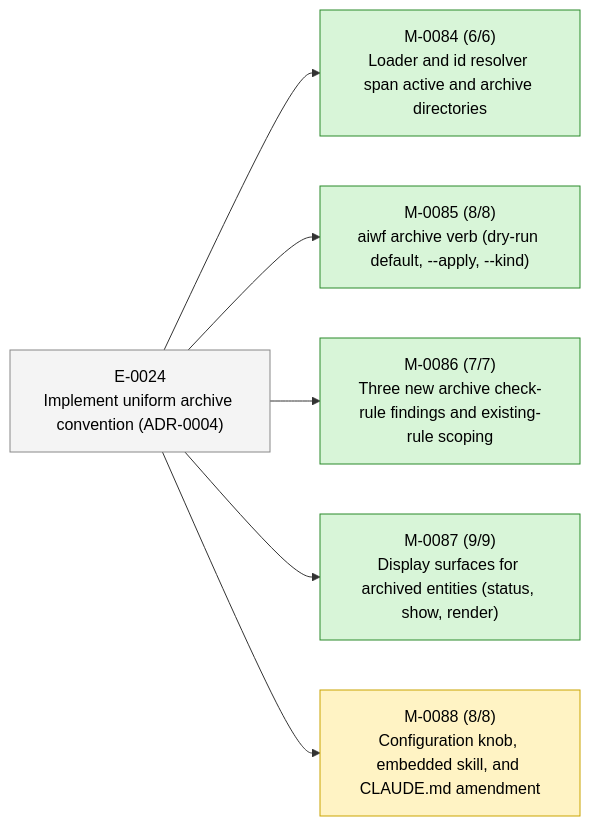
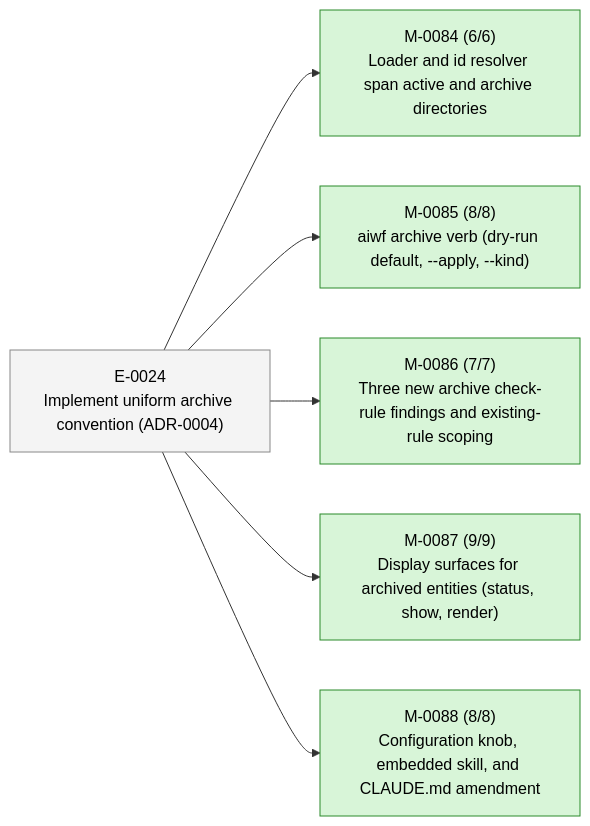
The second of 2 diagrams in STATUS.md (23min/aiwf), drawn with Mermaid before and after one commit. The commit also changed other lines of this file and 1 other file, not shown here.

First line of the commit message:
aiwf promote M-0088 in_progress -> done

````diff
--- a/STATUS.md
+++ b/STATUS.md
@@ -49,20 +49,20 @@
 ```mermaid
 flowchart LR
   E_0024["E-0024<br/>Implement uniform archive convention (ADR-0004)"]:::epic_proposed
   M_0084["M-0084 (6/6)<br/>Loader and id resolver span active and archive directories"]:::ms_done
   E_0024 --> M_0084
   M_0085["M-0085 (8/8)<br/>aiwf archive verb (dry-run default, --apply, --kind)"]:::ms_done
   E_0024 --> M_0085
   M_0086["M-0086 (7/7)<br/>Three new archive check-rule findings and existing-rule scoping"]:::ms_done
   E_0024 --> M_0086
   M_0087["M-0087 (9/9)<br/>Display surfaces for archived entities (status, show, render)"]:::ms_done
   E_0024 --> M_0087
-  M_0088["M-0088 (8/8)<br/>Configuration knob, embedded skill, and CLAUDE.md amendment"]:::ms_in_progress
+  M_0088["M-0088 (8/8)<br/>Configuration knob, embedded skill, and CLAUDE.md amendment"]:::ms_done
   E_0024 --> M_0088
   classDef epic_active fill:#d6eaff,stroke:#1a73e8,color:#000
   classDef epic_proposed fill:#f4f4f4,stroke:#888,color:#000
   classDef ms_done fill:#d8f5d8,stroke:#2a8a2a,color:#000
   classDef ms_in_progress fill:#fff3c4,stroke:#caa400,color:#000
   classDef ms_draft fill:#f4f4f4,stroke:#888,color:#000
   classDef ms_cancelled fill:#fbeaea,stroke:#c33,color:#000
 ```
````
